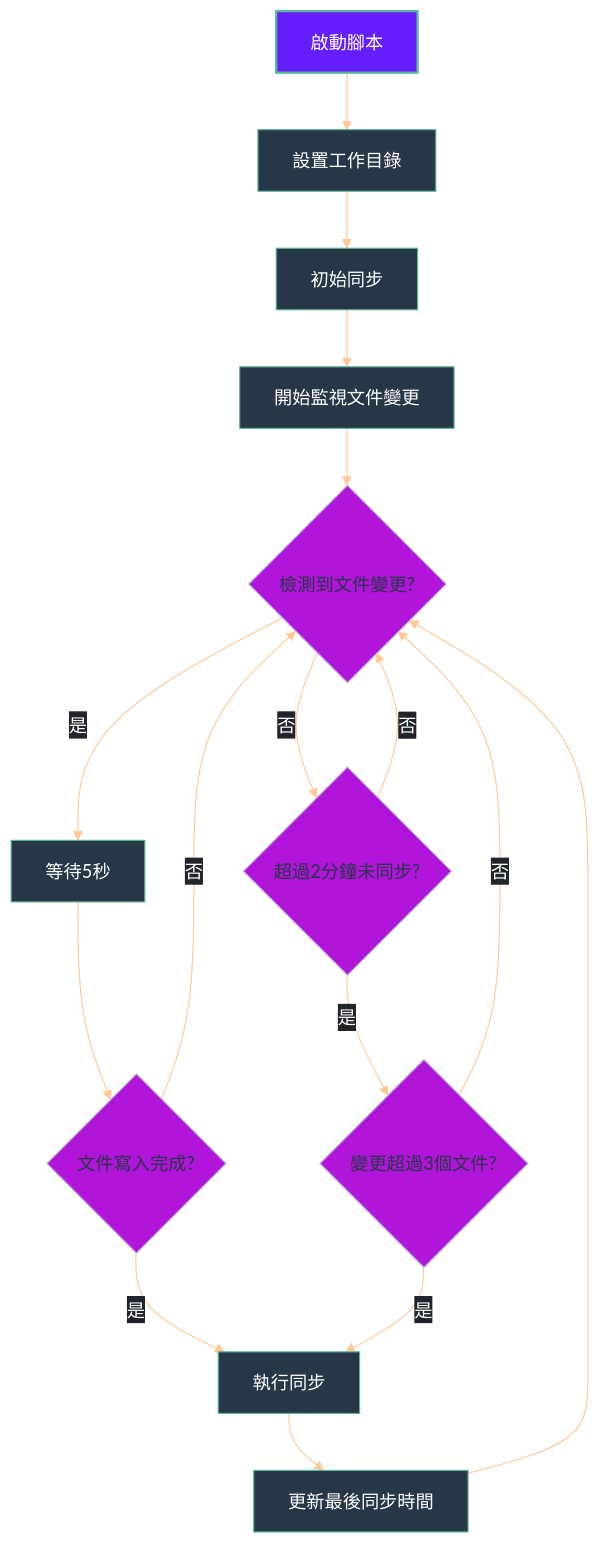
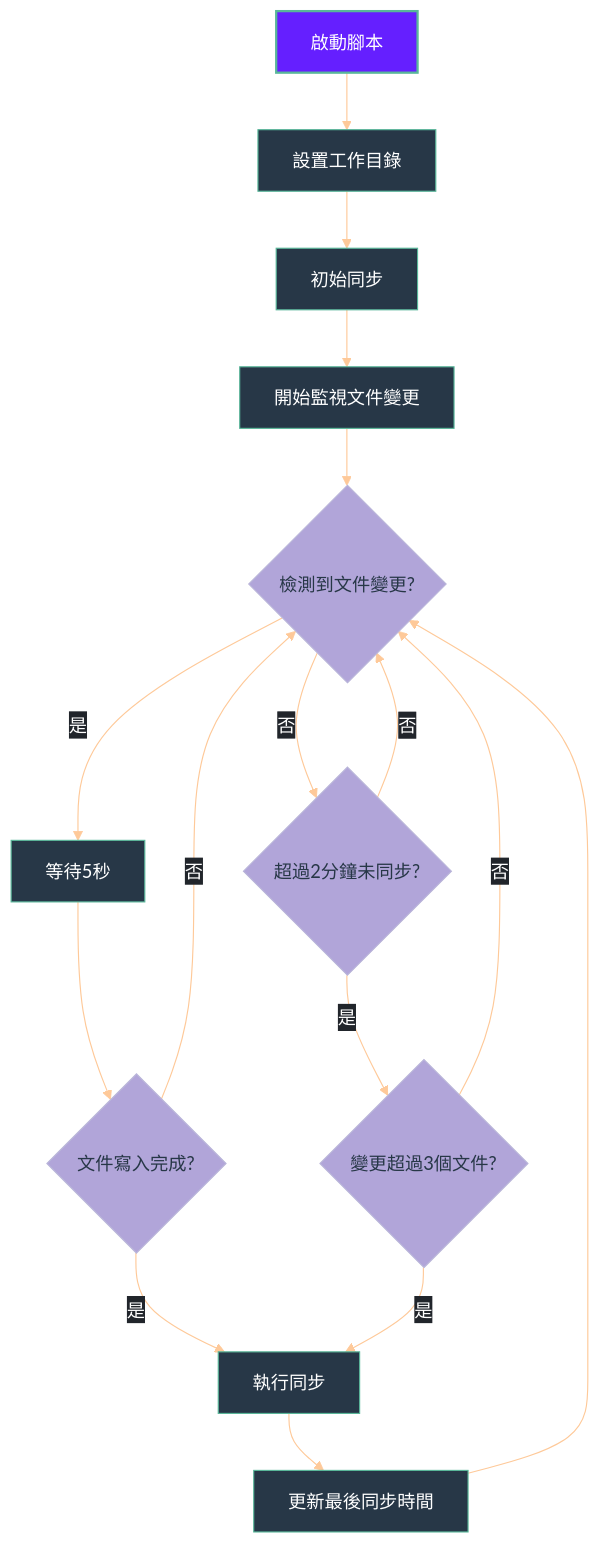
The second of 2 diagrams in Logseq同步方案演進記錄.md (GengGeng026/Sync-Logseq), drawn with Mermaid before and after one commit.

Commit message:
Auto-sync: Wed Mar 26 10:19:52 +08 2025

````diff
--- a/Logseq同步方案演進記錄.md
+++ b/Logseq同步方案演進記錄.md
@@ -375,52 +375,52 @@
 ```mermaid
 %%{init: {
   'theme': 'base', 
   'themeVariables': {
     'primaryColor': '#19E9D9',
     'primaryTextColor': '#FFFFFF',
     'primaryBorderColor': '#59B79A',
     'lineColor': '#FEC999',
     'secondaryColor': '#FFCB6B',
     'tertiaryColor': '#F07178',
     'background': 'transparent',
     'textColor': '#EEFFFF',
     'mainBkg': '#273747',
     'nodeBorder': '#59B79A',
     'clusterBkg': 'transparent',
     'edgeLabelBackground': '#21252B'
   },
   'flowchart': {
     'curve': 'basis',
     'nodeSpacing': 50,
     'rankSpacing': 50,
     'padding': 15
   }
 }}%%
 flowchart TD
     %% 節點樣式優化
     classDef start fill:#651FFF,stroke:#59B79A,color:#FFFFFF,stroke-width:2px;
     classDef process fill:#19E9D,stroke:#59B79A,color:#FFFFFF,stroke-width:1px;
-    classDef condition fill:#B115D9,stroke:#B9B5D9,color:#273747,stroke-width:1px,shape:diamond;
+    classDef condition fill:#B1A5D9,stroke:#B9B5D9,color:#273747,stroke-width:1px,shape:diamond;
     classDef action fill:#F07178,stroke:#59B79A,color:#FFFFFF,stroke-width:1px;
     
     A[啟動腳本] --> B[設置工作目錄]
     B --> C[初始同步]
     C --> D[開始監視文件變更]
     D --> E{檢測到文件變更?}
     E -->|是| F[等待5秒]
     F --> G{文件寫入完成?}
     G -->|是| H[執行同步]
     G -->|否| E
     E -->|否| I{超過2分鐘未同步?}
     I -->|是| J{變更超過3個文件?}
     J -->|是| H
     J -->|否| E
     I -->|否| E
     H --> K[更新最後同步時間]
     K --> E
     
     %% 應用樣式
     class A start;
     class B,C,D,F,H,K process;
     class E,G,I,J condition;
 ```
````
